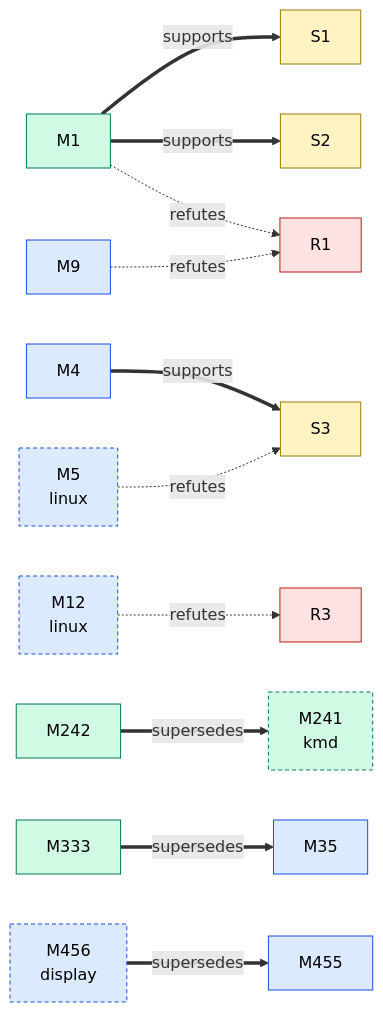
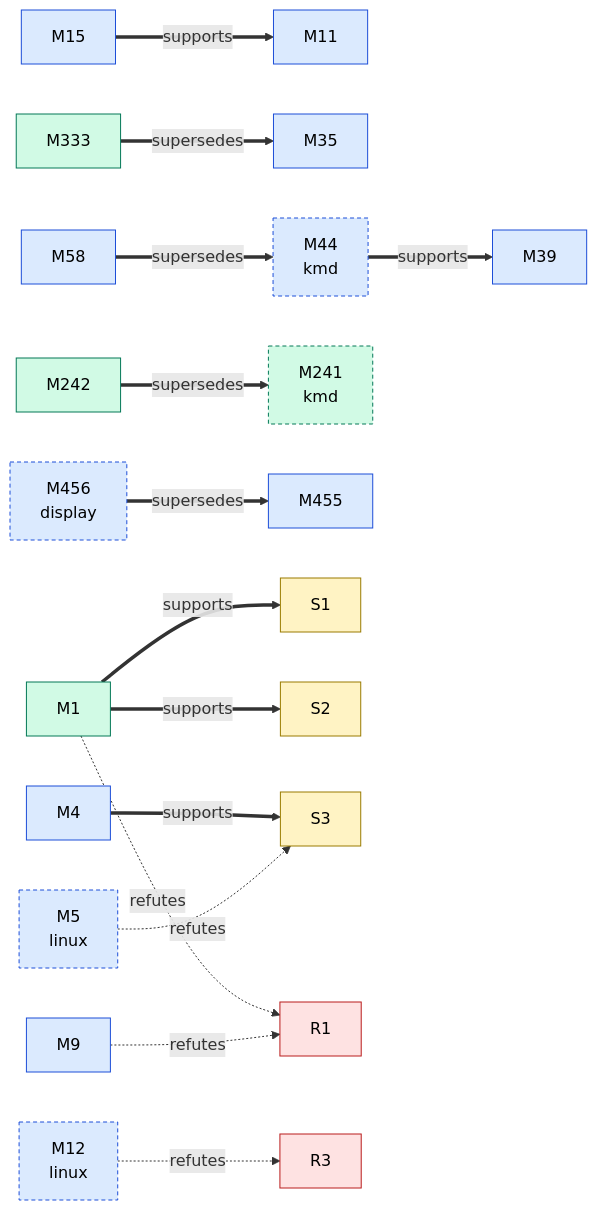
One commit to D-Ogi/amdgpu-wddm changed the first of 2 diagrams in docs/facts/graphs/hardware.md. Above: the diagram before and after it, drawn with Mermaid. The commit also changed other lines of this file and 14 other files, not shown here.

````diff
--- a/docs/facts/graphs/hardware.md
+++ b/docs/facts/graphs/hardware.md
@@ -11,35 +11,43 @@
 ```mermaid
 flowchart LR
   M1["M1"]:::CONFIRMED
   M4["M4"]:::MEASURED
   M5["M5<br/>linux"]:::MEASURED
   M9["M9"]:::MEASURED
+  M11["M11"]:::MEASURED
   M12["M12<br/>linux"]:::MEASURED
+  M15["M15"]:::MEASURED
   M35["M35"]:::MEASURED
+  M39["M39"]:::MEASURED
+  M44["M44<br/>kmd"]:::MEASURED
+  M58["M58"]:::MEASURED
   M241["M241<br/>kmd"]:::CONFIRMED
   M242["M242"]:::CONFIRMED
   M333["M333"]:::CONFIRMED
   M455["M455"]:::MEASURED
   M456["M456<br/>display"]:::MEASURED
   S1["S1"]:::HYPOTHESIS
   S2["S2"]:::HYPOTHESIS
   S3["S3"]:::HYPOTHESIS
   R1["R1"]:::REFUTED
   R3["R3"]:::REFUTED
   M1 ==>|supports| S1
   M1 ==>|supports| S2
   M1 -.->|refutes| R1
   M4 ==>|supports| S3
   M9 -.->|refutes| R1
+  M15 ==>|supports| M11
+  M58 ==>|supersedes| M44
   M242 ==>|supersedes| M241
   M333 ==>|supersedes| M35
+  M44 ==>|supports| M39
   M456 ==>|supersedes| M455
   M5 -.->|refutes| S3
   M12 -.->|refutes| R3
   classDef HYPOTHESIS fill:#fff3c4,stroke:#9a7b00,color:#000
   classDef MEASURED fill:#dbeafe,stroke:#1d4ed8,color:#000
   classDef CONFIRMED fill:#d1fae5,stroke:#047857,color:#000
   classDef REFUTED fill:#fee2e2,stroke:#b91c1c,color:#000
   classDef other stroke-dasharray:4 3
-  class M5,M12,M241,M456 other
+  class M5,M12,M44,M241,M456 other
 ```
````
